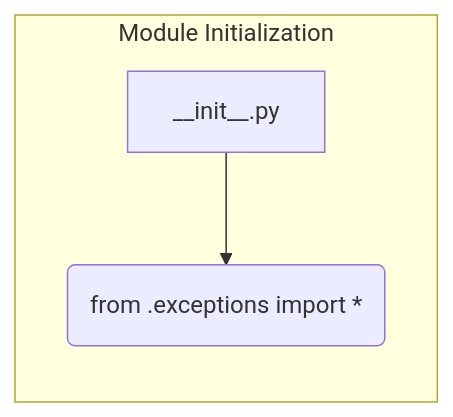
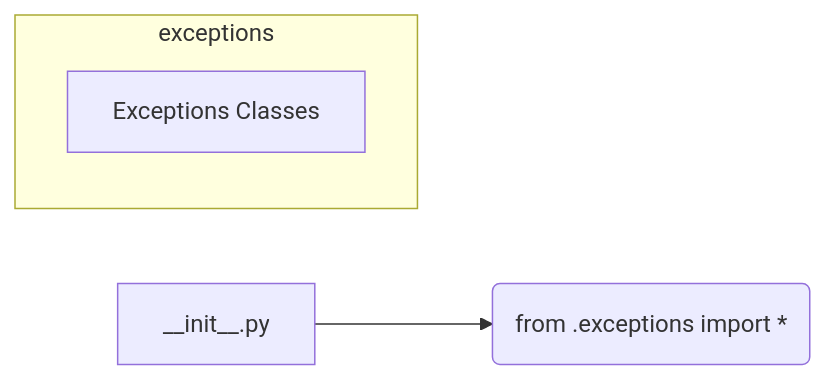
Before and after one commit to hypo69/hypo: the diagram in docs/gemini/ru/explainer/src/suppliers/aliexpress/api/errors/__init__.md, drawn with Mermaid. The commit also changed other lines of this file and 468 other files, not shown here.

````diff
--- a/docs/gemini/ru/explainer/src/suppliers/aliexpress/api/errors/__init__.md
+++ b/docs/gemini/ru/explainer/src/suppliers/aliexpress/api/errors/__init__.md
@@ -26,6 +25,7 @@
 ```mermaid
 graph LR
-    subgraph Module Initialization
-        A[__init__.py] --> B(from .exceptions import *);
+    A[__init__.py] --> B(from .exceptions import *);
+    subgraph exceptions
+        C[Exceptions Classes];
     end
 ```
````
